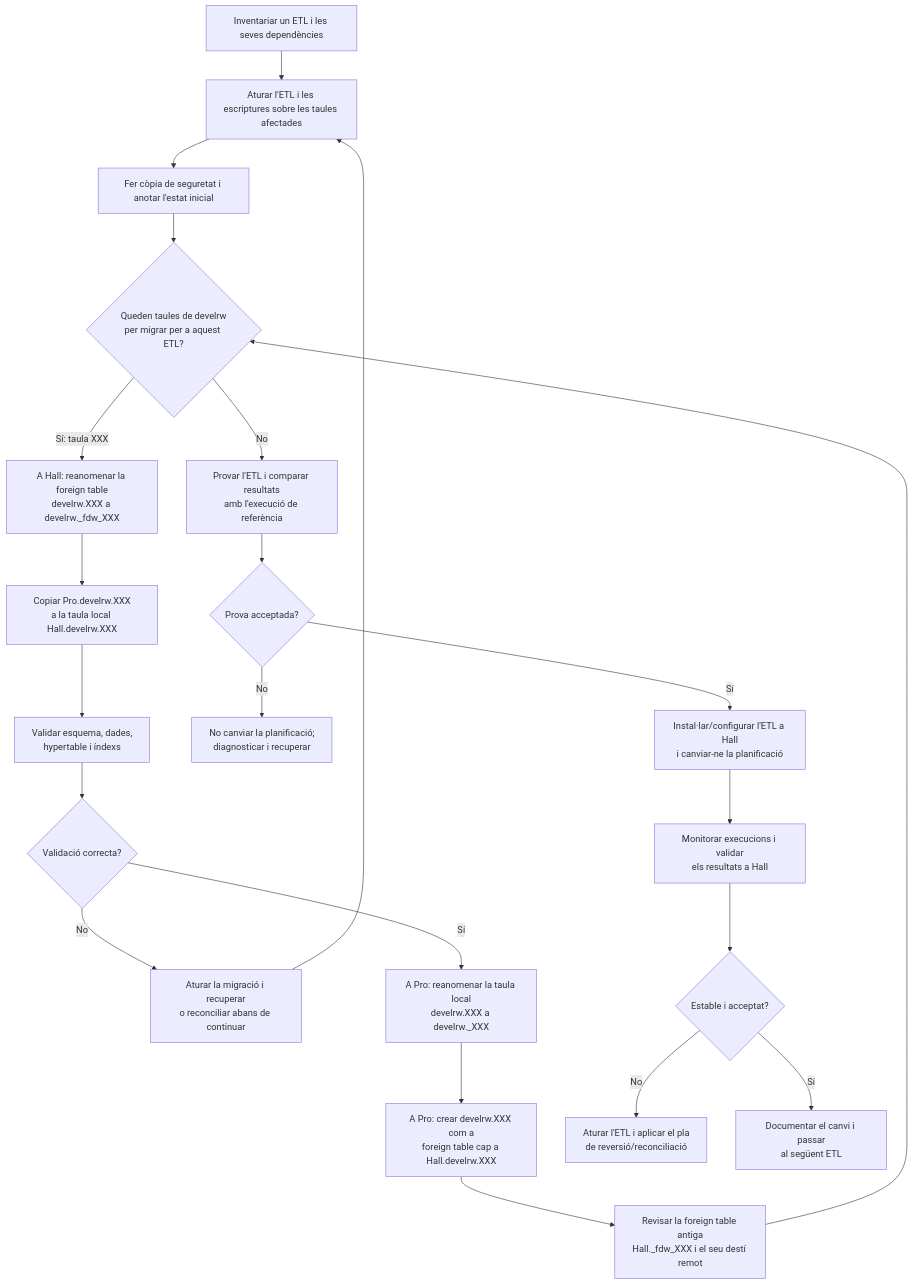
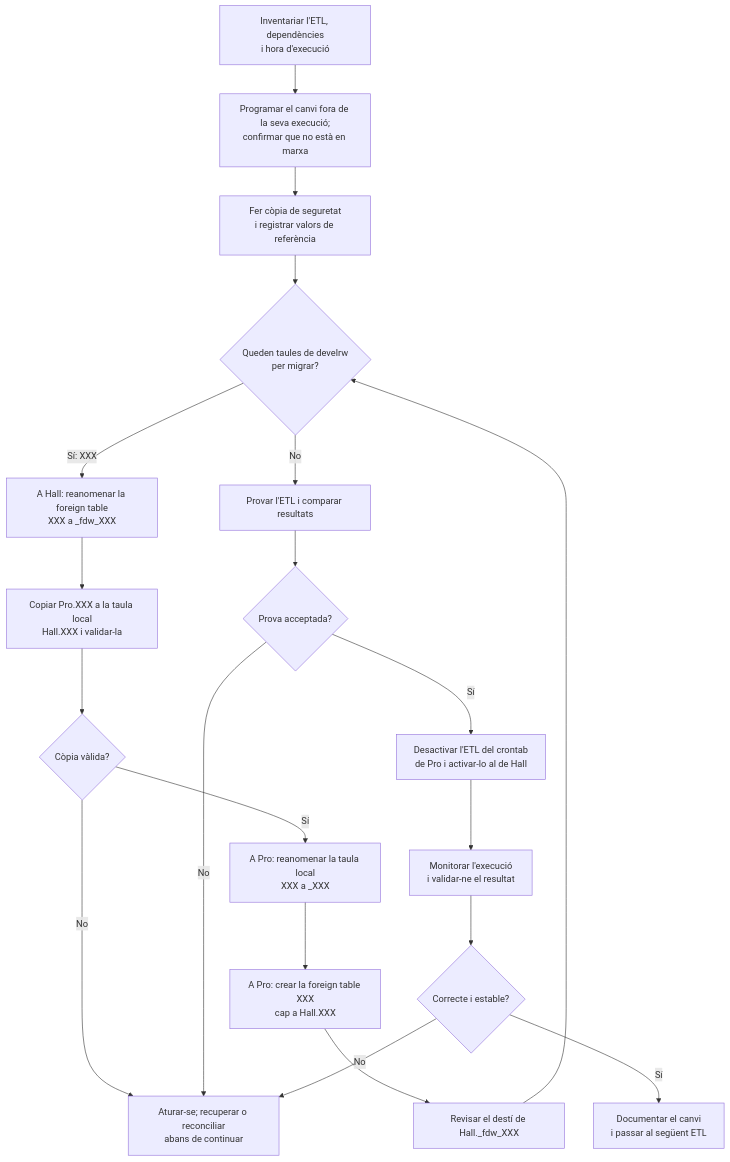
Before and after one commit to lenergetica/le-tech-knowledge-base: the diagram in docs/01/Postgres/migrar-scripts-etl-de-pro-a-hall.md, drawn with Mermaid. The commit also changed other lines of this file, not shown here.

Commit message:
refactor: Improve clarity and structure of ETL migration documentation

````diff
--- a/docs/01/Postgres/migrar-scripts-etl-de-pro-a-hall.md
+++ b/docs/01/Postgres/migrar-scripts-etl-de-pro-a-hall.md
@@ -39,24 +34,22 @@
 ```mermaid
 flowchart TD
-    A["Inventariar un ETL i les seves dependències"] --> B["Aturar l'ETL i les escriptures sobre les taules afectades"]
-    B --> C["Fer còpia de seguretat i anotar l'estat inicial"]
-    C --> D{"Queden taules de develrw<br/>per migrar per a aquest ETL?"}
-    D -- "Sí: taula XXX" --> E["A Hall: reanomenar la foreign table<br/>develrw.XXX a develrw._fdw_XXX"]
-    E --> F["Copiar Pro.develrw.XXX<br/>a la taula local Hall.develrw.XXX"]
-    F --> G["Validar esquema, dades,<br/>hypertable i índexs"]
-    G --> H{"Validació correcta?"}
-    H -- "No" --> I["Aturar la migració i recuperar<br/>o reconciliar abans de continuar"]
-    I --> B
-    H -- "Sí" --> J["A Pro: reanomenar la taula local<br/>develrw.XXX a develrw._XXX"]
-    J --> K["A Pro: crear develrw.XXX com a<br/>foreign table cap a Hall.develrw.XXX"]
-    K --> L["Revisar la foreign table antiga<br/>Hall._fdw_XXX i el seu destí remot"]
-    L --> D
-    D -- "No" --> M["Provar l'ETL i comparar resultats<br/>amb l'execució de referència"]
-    M --> N{"Prova acceptada?"}
-    N -- "No" --> O["No canviar la planificació;<br/>diagnosticar i recuperar"]
-    N -- "Sí" --> P["Instal·lar/configurar l'ETL a Hall<br/>i canviar-ne la planificació"]
-    P --> Q["Monitorar execucions i validar<br/>els resultats a Hall"]
-    Q --> R{"Estable i acceptat?"}
-    R -- "No" --> S["Aturar l'ETL i aplicar el pla<br/>de reversió/reconciliació"]
-    R -- "Sí" --> T["Documentar el canvi i passar<br/>al següent ETL"]
+    A["Inventariar l'ETL, dependències<br/>i hora d'execució"] --> B["Programar el canvi fora de la seva execució;<br/>confirmar que no està en marxa"]
+    B --> C["Fer còpia de seguretat<br/>i registrar valors de referència"]
+    C --> D{"Queden taules de develrw<br/>per migrar?"}
+    D -- "Sí: XXX" --> E["A Hall: reanomenar la foreign table<br/>XXX a _fdw_XXX"]
+    E --> F["Copiar Pro.XXX a la taula local<br/>Hall.XXX i validar-la"]
+    F --> G{"Còpia vàlida?"}
+    G -- "No" --> H["Aturar-se; recuperar o reconciliar<br/>abans de continuar"]
+    G -- "Sí" --> I["A Pro: reanomenar la taula local<br/>XXX a _XXX"]
+    I --> J["A Pro: crear la foreign table XXX<br/>cap a Hall.XXX"]
+    J --> K["Revisar el destí de Hall._fdw_XXX"]
+    K --> D
+    D -- "No" --> L["Provar l'ETL i comparar resultats"]
+    L --> M{"Prova acceptada?"}
+    M -- "No" --> H
+    M -- "Sí" --> N["Desactivar l'ETL del crontab<br/>de Pro i activar-lo al de Hall"]
+    N --> O["Monitorar l'execució<br/>i validar-ne el resultat"]
+    O --> P{"Correcte i estable?"}
+    P -- "No" --> H
+    P -- "Sí" --> Q["Documentar el canvi<br/>i passar al següent ETL"]
 ```
````
